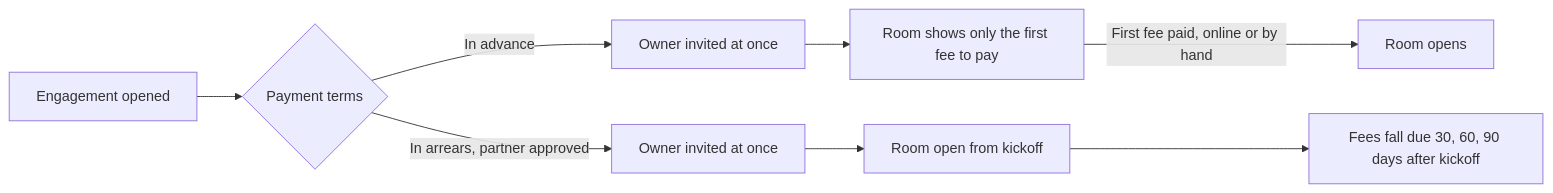
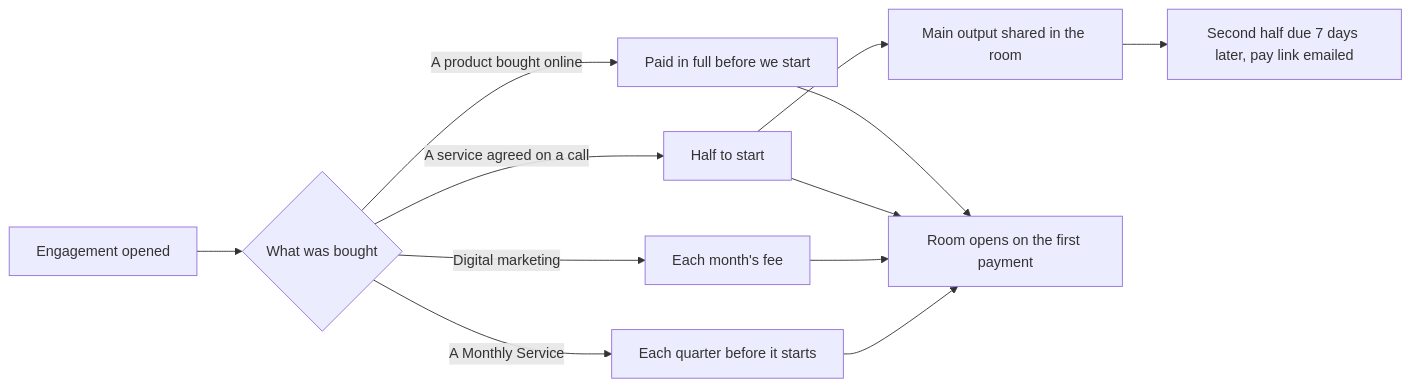
The first of 2 diagrams in docs/product/03-app-flow.md (IPfactory01/IPF-SME), drawn with Mermaid before and after one commit. The commit also changed other lines of this file and 28 other files, not shown here.

````diff
--- a/docs/product/03-app-flow.md
+++ b/docs/product/03-app-flow.md
@@ -49,10 +49,14 @@
 ```mermaid
 flowchart LR
-  O[Engagement opened] --> T{Payment terms}
-  T -->|In advance| A1[Owner invited at once]
-  A1 --> A2[Room shows only the first fee to pay]
-  A2 -->|First fee paid, online or by hand| A3[Room opens]
-  T -->|In arrears, partner approved| B1[Owner invited at once]
-  B1 --> B2[Room open from kickoff]
-  B2 --> B3[Fees fall due 30, 60, 90 days after kickoff]
+  O[Engagement opened] --> T{What was bought}
+  T -->|A product bought online| P1[Paid in full before we start]
+  T -->|A service agreed on a call| S1[Half to start]
+  S1 --> S2[Main output shared in the room]
+  S2 --> S3[Second half due 7 days later, pay link emailed]
+  T -->|Digital marketing| D1[Each month's fee]
+  T -->|A Monthly Service| M1[Each quarter before it starts]
+  P1 --> R[Room opens on the first payment]
+  S1 --> R
+  D1 --> R
+  M1 --> R
 ```
````
